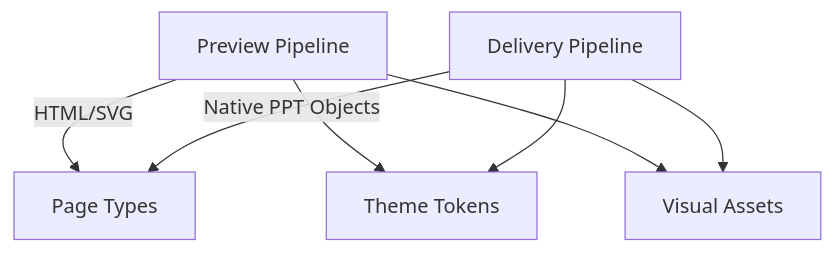
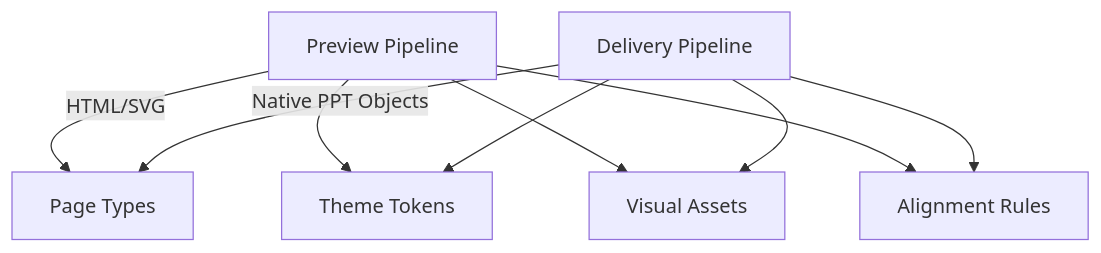
The eighth of 11 diagrams in .qoder/repowiki/en/content/Rendering Pipeline/Preview System.md (brantzh6/deepPPT), drawn with Mermaid before and after one commit. The commit also changed other lines of this file and 18 other files, not shown here.

Commit message:
Redesign layered_architecture_stack with compact annotation pills following OpenClaw seed reference

````diff
--- a/.qoder/repowiki/en/content/Rendering Pipeline/Preview System.md
+++ b/.qoder/repowiki/en/content/Rendering Pipeline/Preview System.md
@@ -339,14 +388,17 @@
 ```mermaid
 graph TB
 PREV["Preview Pipeline"]
 DELIV["Delivery Pipeline"]
 PTYPES["Page Types"]
 THEME["Theme Tokens"]
 ASSETS["Visual Assets"]
+ALIGN["Alignment Rules"]
 PREV --> |"HTML/SVG"| PTYPES
 PREV --> THEME
 PREV --> ASSETS
+PREV --> ALIGN
 DELIV --> |"Native PPT Objects"| PTYPES
 DELIV --> THEME
 DELIV --> ASSETS
+DELIV --> ALIGN
 ```
````
